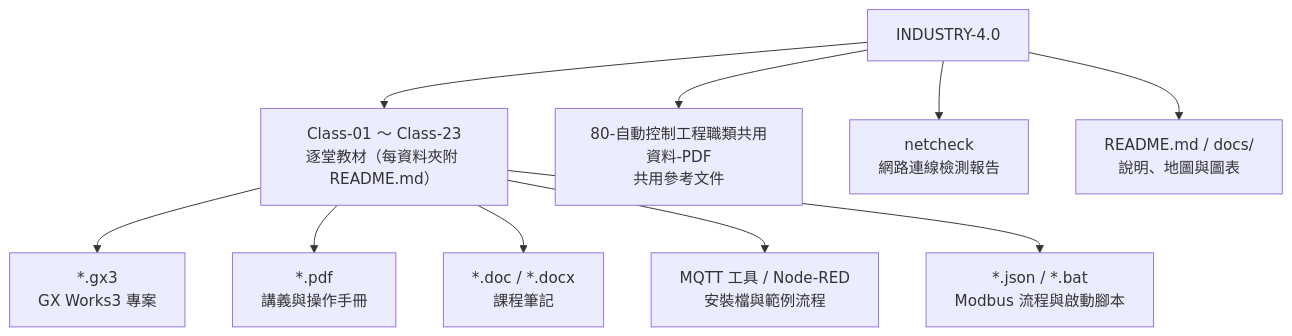
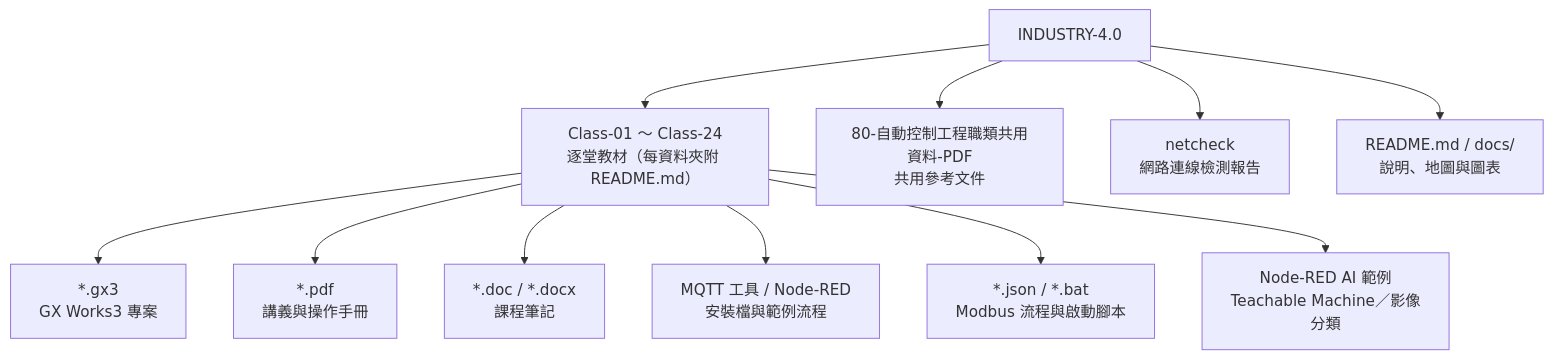
One commit to yd7148/INDUSTRY-4.0 changed the second of 6 diagrams in README.md. Above: the diagram before and after it, drawn with Mermaid. The commit also changed other lines of this file and 2 other files, not shown here.

First line of the commit message:
Update README, course map and timeline for Class-24

````diff
--- a/README.md
+++ b/README.md
@@ -41,13 +42,14 @@
 ```mermaid
 flowchart TB
-    REPO["INDUSTRY-4.0"] --> CLS["Class-01 ～ Class-23<br/>逐堂教材（每資料夾附 README.md）"]
+    REPO["INDUSTRY-4.0"] --> CLS["Class-01 ～ Class-24<br/>逐堂教材（每資料夾附 README.md）"]
     REPO --> LIB["80-自動控制工程職類共用資料-PDF<br/>共用參考文件"]
     REPO --> NET["netcheck<br/>網路連線檢測報告"]
     REPO --> DOC["README.md / docs/<br/>說明、地圖與圖表"]
 
     CLS --> GX["*.gx3<br/>GX Works3 專案"]
     CLS --> PDF["*.pdf<br/>講義與操作手冊"]
     CLS --> DOCX["*.doc / *.docx<br/>課程筆記"]
     CLS --> TOOL["MQTT 工具 / Node-RED<br/>安裝檔與範例流程"]
     CLS --> JSON["*.json / *.bat<br/>Modbus 流程與啟動腳本"]
+    CLS --> AI["Node-RED AI 範例<br/>Teachable Machine／影像分類"]
 ```
````
